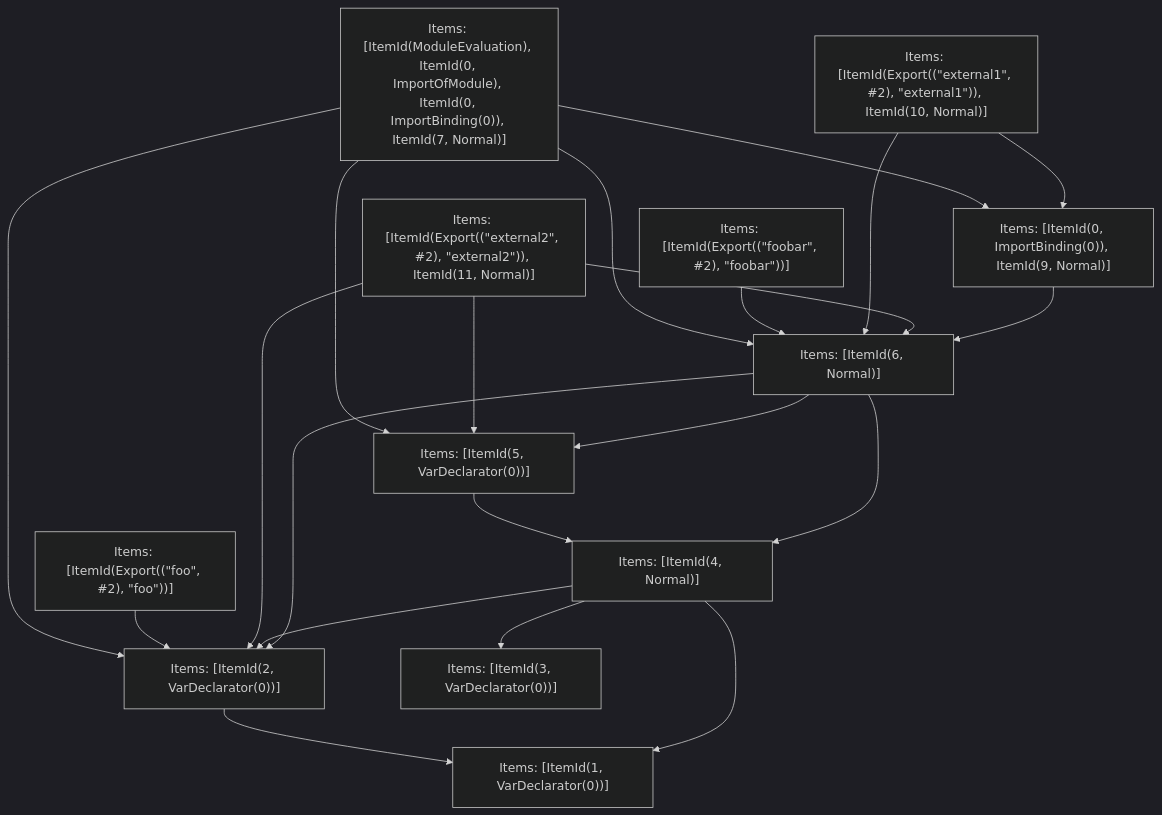
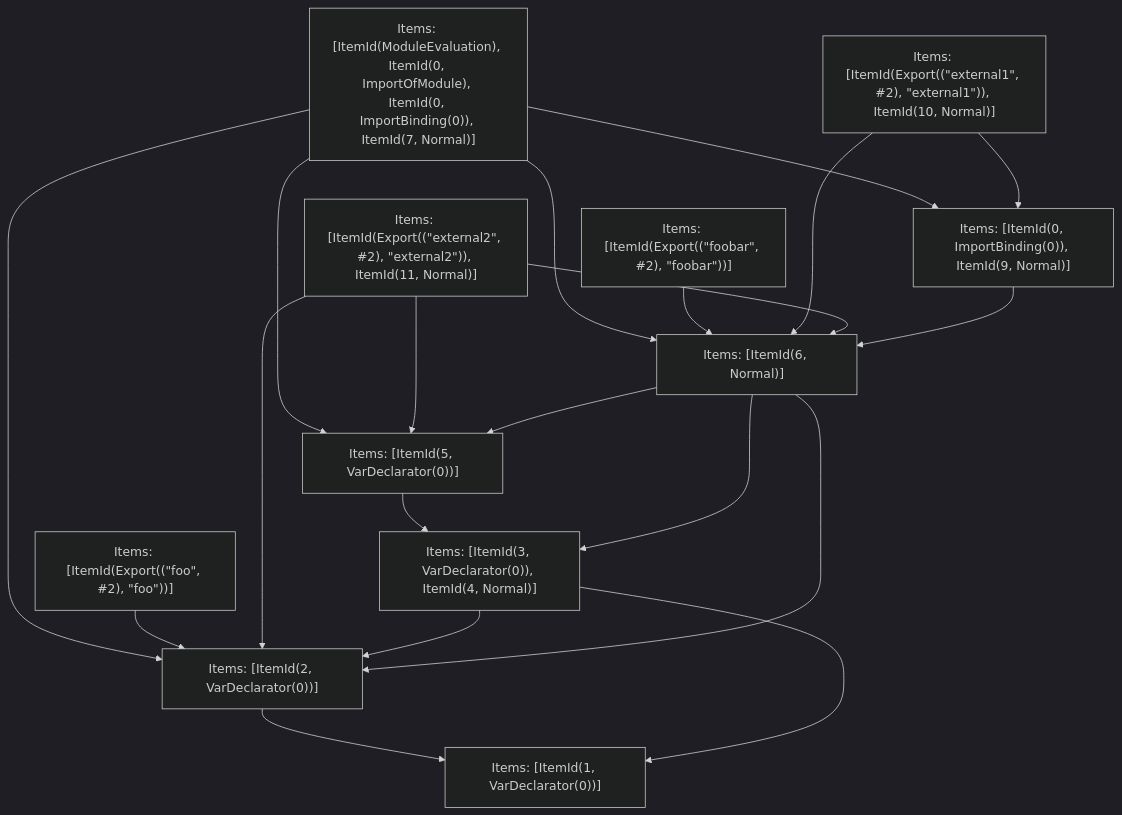
Before and after one commit to vercel/turborepo: the fifth of 5 diagrams in crates/turbopack-ecmascript/tests/tree-shaker/analyzer/1/output.md, drawn with Mermaid (dark theme). The commit also changed other lines of this file and 38 other files, not shown here.

````diff
--- a/crates/turbopack-ecmascript/tests/tree-shaker/analyzer/1/output.md
+++ b/crates/turbopack-ecmascript/tests/tree-shaker/analyzer/1/output.md
@@ -326,35 +326,33 @@
 ```mermaid
 graph TD
     N0["Items: [ItemId(ModuleEvaluation), ItemId(0, ImportOfModule), ItemId(0, ImportBinding(0)), ItemId(7, Normal)]"];
     N1["Items: [ItemId(Export((&quot;foobar&quot;, #2), &quot;foobar&quot;))]"];
     N2["Items: [ItemId(Export((&quot;foo&quot;, #2), &quot;foo&quot;))]"];
     N3["Items: [ItemId(Export((&quot;external1&quot;, #2), &quot;external1&quot;)), ItemId(10, Normal)]"];
     N4["Items: [ItemId(Export((&quot;external2&quot;, #2), &quot;external2&quot;)), ItemId(11, Normal)]"];
     N5["Items: [ItemId(1, VarDeclarator(0))]"];
     N6["Items: [ItemId(2, VarDeclarator(0))]"];
-    N7["Items: [ItemId(3, VarDeclarator(0))]"];
-    N8["Items: [ItemId(4, Normal)]"];
-    N9["Items: [ItemId(5, VarDeclarator(0))]"];
-    N10["Items: [ItemId(6, Normal)]"];
-    N11["Items: [ItemId(0, ImportBinding(0)), ItemId(9, Normal)]"];
+    N7["Items: [ItemId(3, VarDeclarator(0)), ItemId(4, Normal)]"];
+    N8["Items: [ItemId(5, VarDeclarator(0))]"];
+    N9["Items: [ItemId(6, Normal)]"];
+    N10["Items: [ItemId(0, ImportBinding(0)), ItemId(9, Normal)]"];
+    N0 --> N8;
+    N0 --> N10;
     N0 --> N9;
-    N0 --> N11;
-    N0 --> N10;
     N0 --> N6;
-    N1 --> N10;
+    N1 --> N9;
     N2 --> N6;
-    N3 --> N11;
     N3 --> N10;
+    N3 --> N9;
     N4 --> N6;
+    N4 --> N8;
     N4 --> N9;
-    N4 --> N10;
     N6 --> N5;
+    N7 --> N5;
+    N7 --> N6;
     N8 --> N7;
-    N8 --> N5;
-    N8 --> N6;
+    N9 --> N7;
+    N9 --> N6;
     N9 --> N8;
-    N10 --> N8;
-    N10 --> N6;
     N10 --> N9;
-    N11 --> N10;
 ```
````
